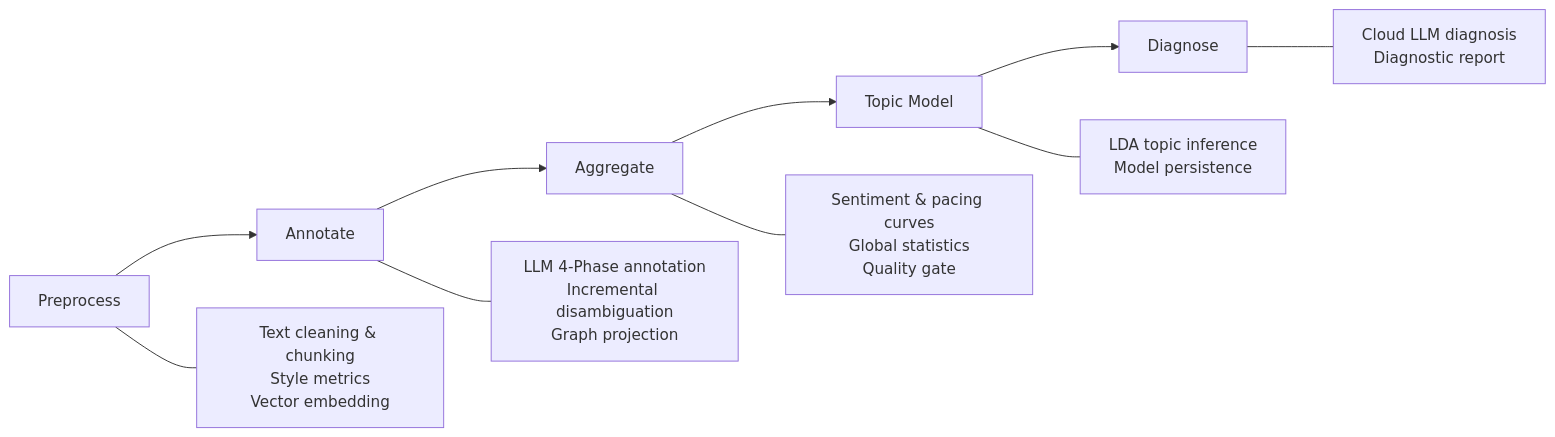
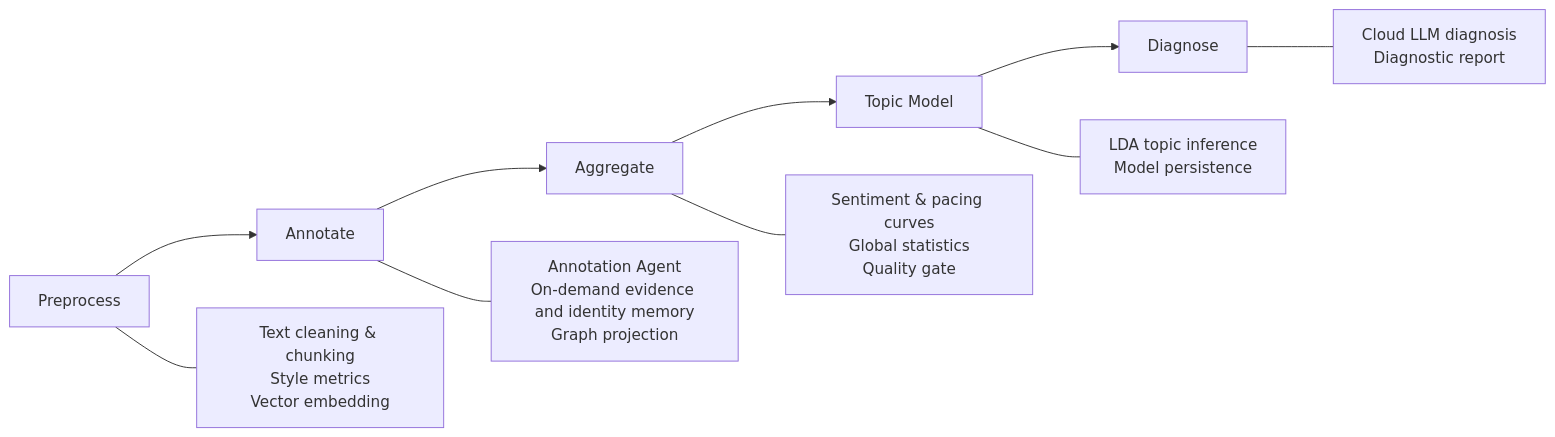
The first of 2 diagrams in README_EN.md (famameilin/NovelIQ), drawn with Mermaid before and after one commit. The commit also changed other lines of this file and 1 other file, not shown here.

Commit message:
docs(agent): 同步当前 Agent 运行合同

````diff
--- a/README_EN.md
+++ b/README_EN.md
@@ -189,13 +180,13 @@
 ```mermaid
 flowchart LR
     A[Preprocess] --> B[Annotate]
     B --> C[Aggregate]
     C --> D[Topic Model]
     D --> E[Diagnose]
 
     A --- A1[Text cleaning & chunking\nStyle metrics\nVector embedding]
-    B --- B1[LLM 4-Phase annotation\nIncremental disambiguation\nGraph projection]
+    B --- B1[Annotation Agent\nOn-demand evidence and identity memory\nGraph projection]
     C --- C1[Sentiment & pacing curves\nGlobal statistics\nQuality gate]
     D --- D1[LDA topic inference\nModel persistence]
     E --- E1[Cloud LLM diagnosis\nDiagnostic report]
 ```
````
